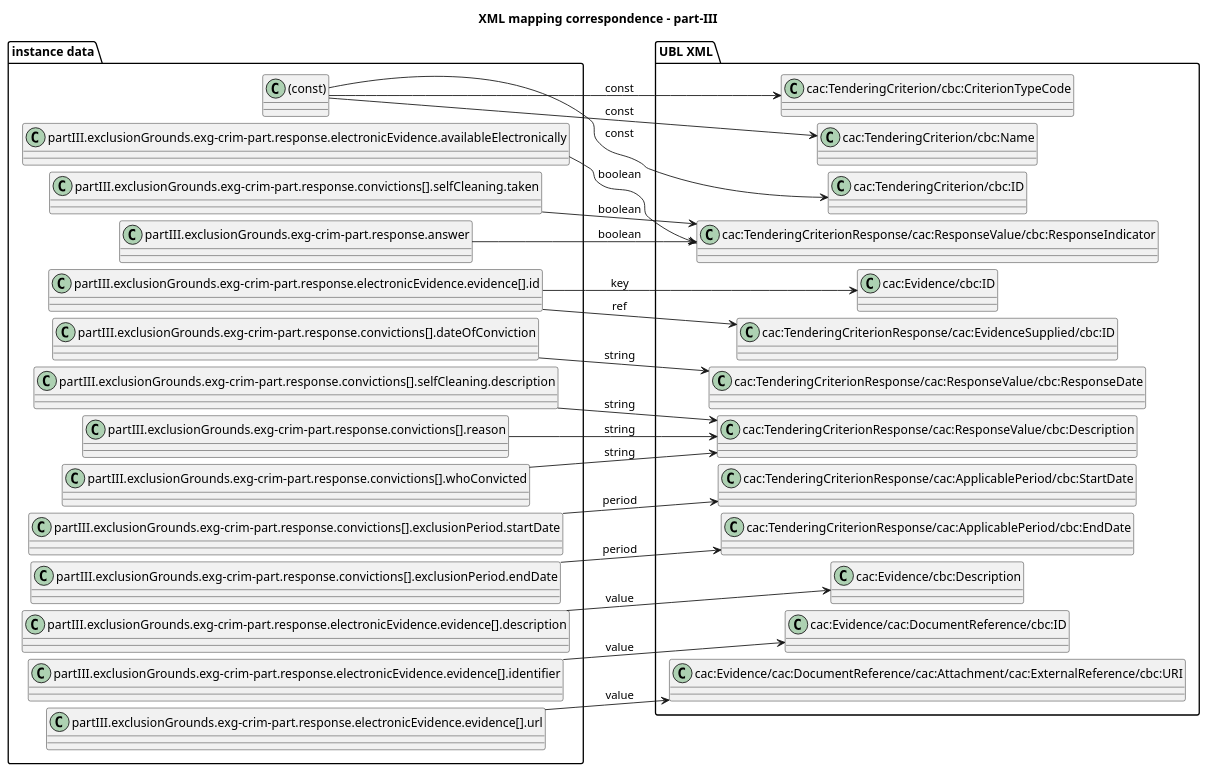
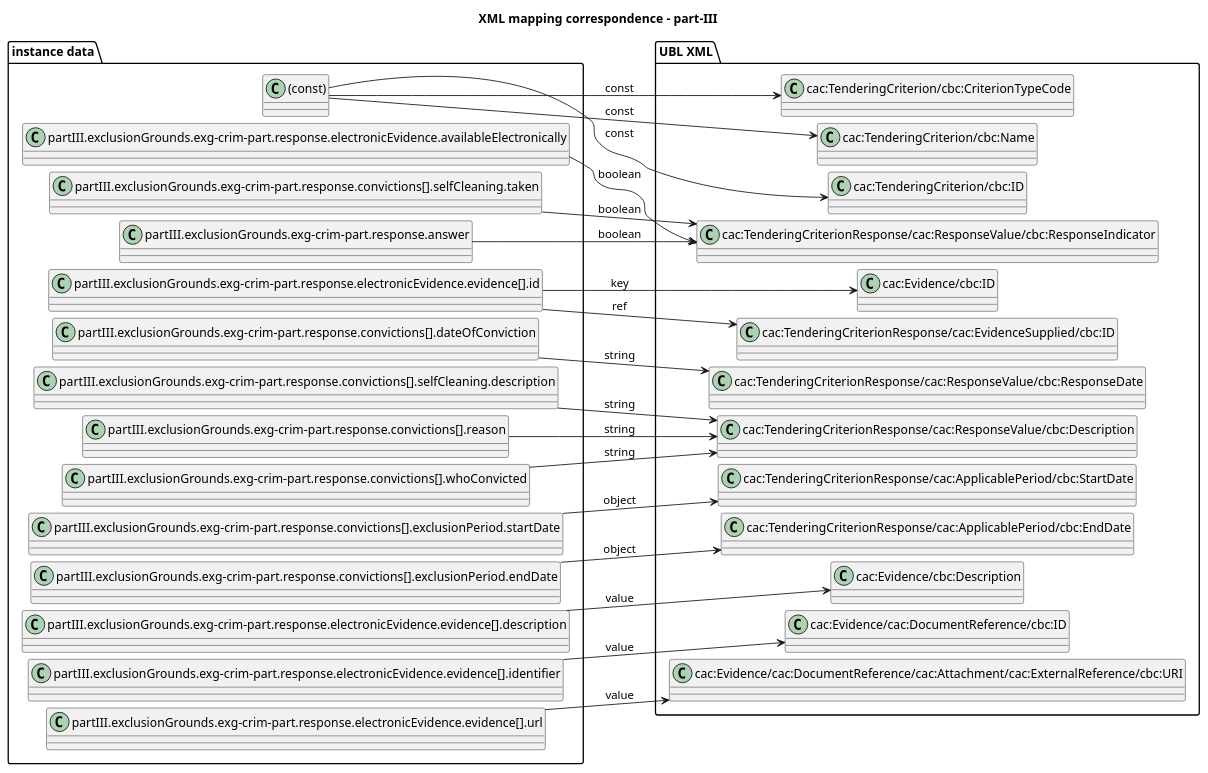
One commit to OP-TED/espd-demo changed the diagram in docs/diagrams/part-III.mapping.puml. Above: the diagram before and after it, drawn with PlantUML. The commit also changed 7 other files, not shown here.

```diff
--- a/docs/diagrams/part-III.mapping.puml
+++ b/docs/diagrams/part-III.mapping.puml
@@ -1,56 +1,56 @@
 @startuml part-III-mapping
 title XML mapping correspondence - part-III
 left to right direction
 skinparam nodesep 8
 
 package "instance data" {
   class "(const)" as I0
   class "partIII.exclusionGrounds.exg-crim-part.response.answer" as I1
   class "partIII.exclusionGrounds.exg-crim-part.response.electronicEvidence.availableElectronically" as I2
   class "partIII.exclusionGrounds.exg-crim-part.response.electronicEvidence.evidence[].id" as I3
   class "partIII.exclusionGrounds.exg-crim-part.response.convictions[].dateOfConviction" as I4
   class "partIII.exclusionGrounds.exg-crim-part.response.convictions[].reason" as I5
   class "partIII.exclusionGrounds.exg-crim-part.response.convictions[].whoConvicted" as I6
   class "partIII.exclusionGrounds.exg-crim-part.response.convictions[].exclusionPeriod.startDate" as I7
   class "partIII.exclusionGrounds.exg-crim-part.response.convictions[].exclusionPeriod.endDate" as I8
   class "partIII.exclusionGrounds.exg-crim-part.response.convictions[].selfCleaning.taken" as I9
   class "partIII.exclusionGrounds.exg-crim-part.response.convictions[].selfCleaning.description" as I10
   class "partIII.exclusionGrounds.exg-crim-part.response.electronicEvidence.evidence[].description" as I11
   class "partIII.exclusionGrounds.exg-crim-part.response.electronicEvidence.evidence[].identifier" as I12
   class "partIII.exclusionGrounds.exg-crim-part.response.electronicEvidence.evidence[].url" as I13
 }
 
 package "UBL XML" {
   class "cac:TenderingCriterion/cbc:ID" as U0
   class "cac:TenderingCriterion/cbc:CriterionTypeCode" as U1
   class "cac:TenderingCriterion/cbc:Name" as U2
   class "cac:TenderingCriterionResponse/cac:ResponseValue/cbc:ResponseIndicator" as U3
   class "cac:TenderingCriterionResponse/cac:EvidenceSupplied/cbc:ID" as U4
   class "cac:TenderingCriterionResponse/cac:ResponseValue/cbc:ResponseDate" as U5
   class "cac:TenderingCriterionResponse/cac:ResponseValue/cbc:Description" as U6
   class "cac:TenderingCriterionResponse/cac:ApplicablePeriod/cbc:StartDate" as U7
   class "cac:TenderingCriterionResponse/cac:ApplicablePeriod/cbc:EndDate" as U8
   class "cac:Evidence/cbc:ID" as U9
   class "cac:Evidence/cbc:Description" as U10
   class "cac:Evidence/cac:DocumentReference/cbc:ID" as U11
   class "cac:Evidence/cac:DocumentReference/cac:Attachment/cac:ExternalReference/cbc:URI" as U12
 }
 
 I0 --> U0 : const
 I0 --> U1 : const
 I0 --> U2 : const
 I1 --> U3 : boolean
 I2 --> U3 : boolean
 I3 --> U4 : ref
 I4 --> U5 : string
 I5 --> U6 : string
 I6 --> U6 : string
-I7 --> U7 : period
-I8 --> U8 : period
+I7 --> U7 : object
+I8 --> U8 : object
 I9 --> U3 : boolean
 I10 --> U6 : string
 I3 --> U9 : key
 I11 --> U10 : value
 I12 --> U11 : value
 I13 --> U12 : value
 @enduml
```
